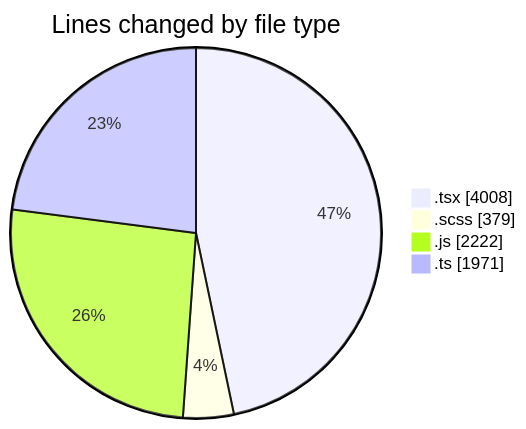
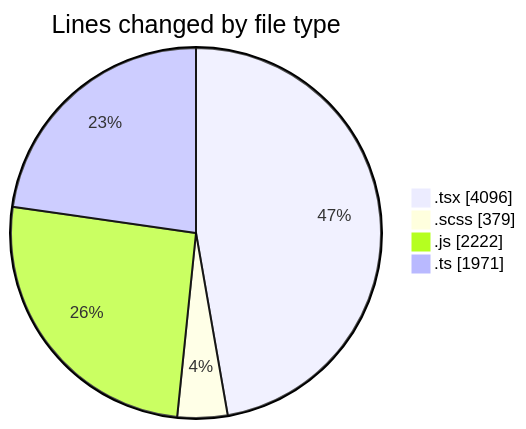
Before and after one commit to momahboobian/code-tracking: the first of 2 diagrams in 2026-06-17/cda/README.md, drawn with Mermaid. The commit also changed other lines of this file and 1 other file, not shown here.

````diff
--- a/2026-06-17/cda/README.md
+++ b/2026-06-17/cda/README.md
@@ -55,8 +55,8 @@
 ```mermaid
 pie showData
 title Lines changed by file type
-".tsx" : 4008
+".tsx" : 4096
 ".scss" : 379
 ".js" : 2222
 ".ts" : 1971
 ```
````
